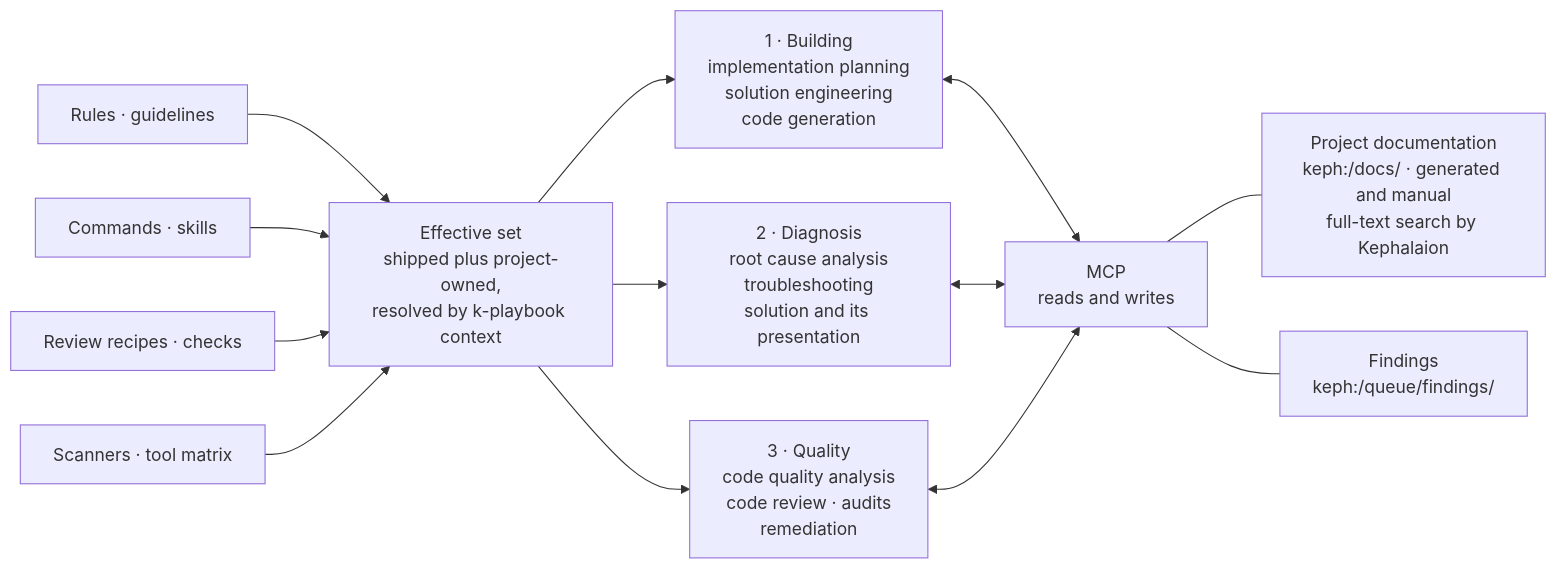
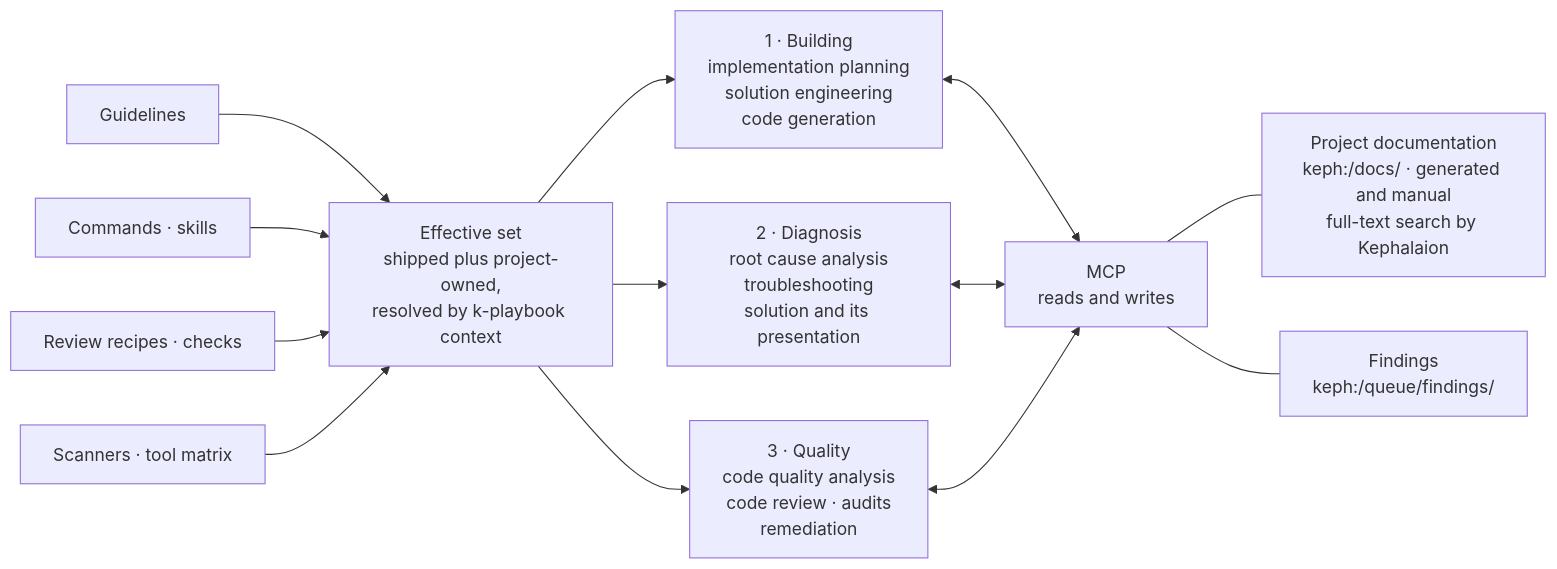
One commit to kascada/k-playbook changed the third of 3 diagrams in docs/overview.md. Above: the diagram before and after it, drawn with Mermaid. The commit also changed other lines of this file and 99 other files, not shown here.

````diff
--- a/docs/overview.md
+++ b/docs/overview.md
@@ -108,26 +108,26 @@
 ```mermaid
 flowchart LR
-    Rules["Rules · guidelines"] --> Effective
+    Guidelines["Guidelines"] --> Effective
     Skills["Commands · skills"] --> Effective
     Recipes["Review recipes · checks"] --> Effective
     Scanners["Scanners · tool matrix"] --> Effective
 
     Effective["Effective set<br>shipped plus project-owned,<br>resolved by k-playbook context"]
 
     Effective --> Build
     Effective --> Diagnose
     Effective --> Quality
 
     Build["1 · Building<br>implementation planning<br>solution engineering<br>code generation"]
     Diagnose["2 · Diagnosis<br>root cause analysis<br>troubleshooting<br>solution and its presentation"]
     Quality["3 · Quality<br>code quality analysis<br>code review · audits<br>remediation"]
 
     Build <--> MCP
     Diagnose <--> MCP
     Quality <--> MCP
 
     MCP["MCP<br>reads and writes"]
 
     MCP --- Docs["Project documentation<br>keph:/docs/ · generated and manual<br>full-text search by Kephalaion"]
     MCP --- Findings["Findings<br>keph:/queue/findings/"]
 ```
````
